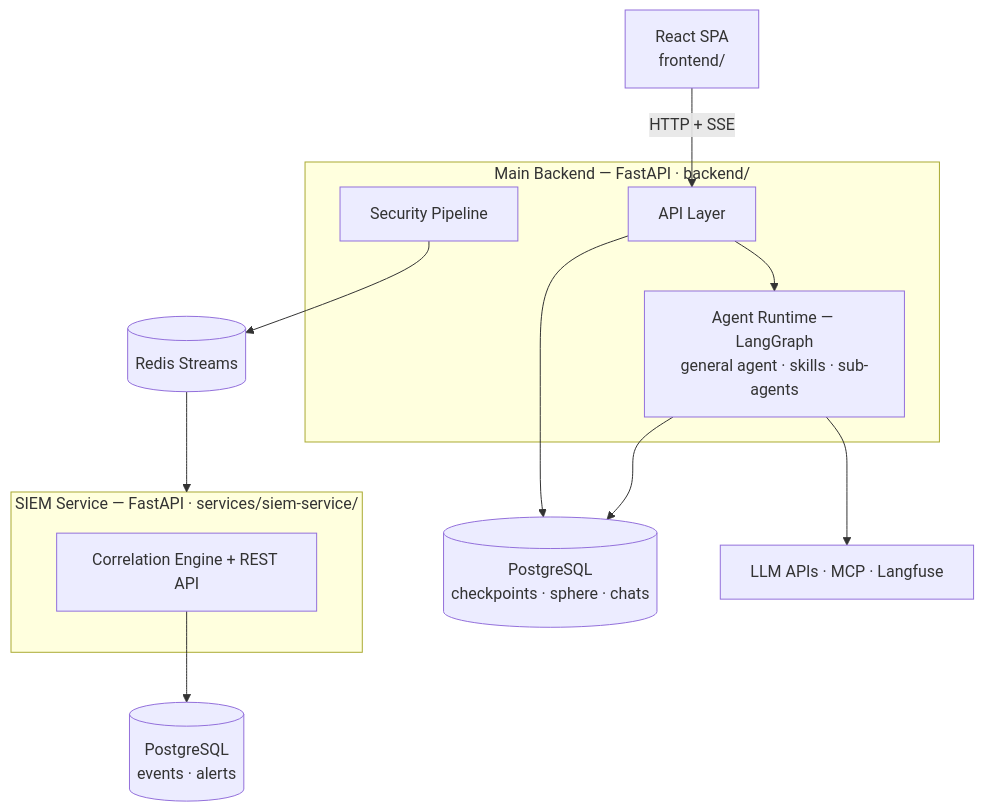
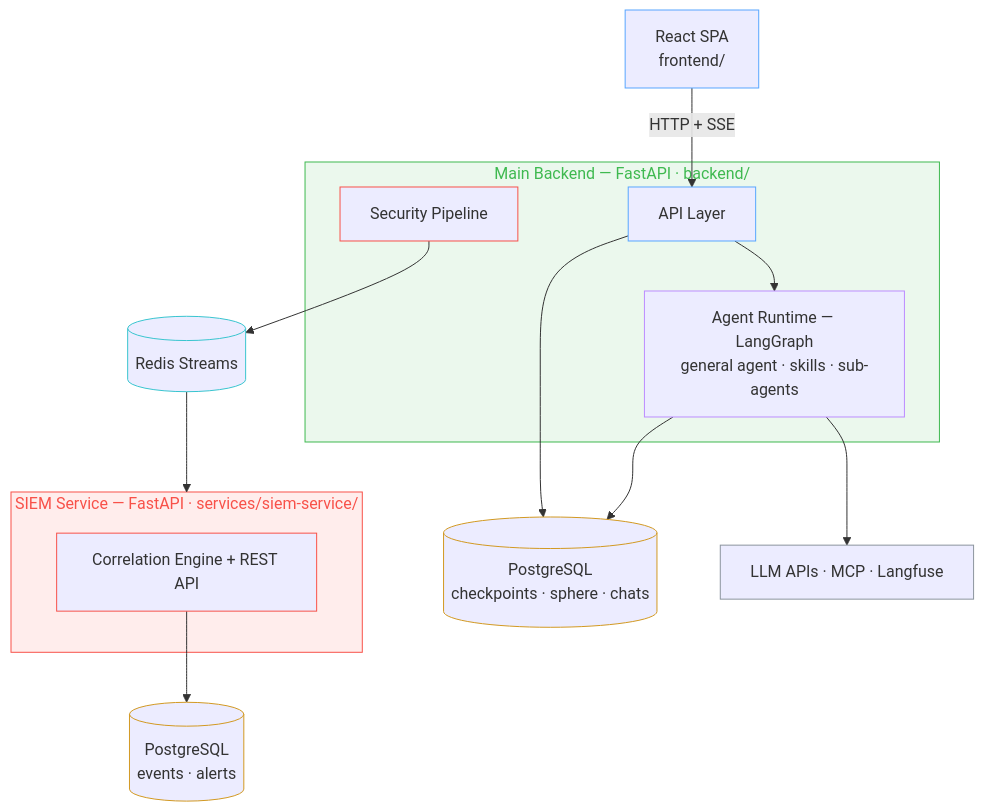
One commit to Bbar0n234/learnflow-ai changed the diagram in README.md. Above: the diagram before and after it, drawn with Mermaid. The commit also changed other lines of this file and 1 other file, not shown here.

Commit message:
docs(readme): stacked screenshots, colored diagram, agent and roadmap sections, social preview asset

````diff
--- a/README.md
+++ b/README.md
@@ -56,28 +64,40 @@
 ```mermaid
 graph TD
     Frontend["React SPA<br/>frontend/"]
 
     subgraph Backend["Main Backend — FastAPI · backend/"]
         API["API Layer"]
         Runtime["Agent Runtime — LangGraph<br/>general agent · skills · sub-agents"]
         SecPipe["Security Pipeline"]
     end
 
     subgraph SIEM["SIEM Service — FastAPI · services/siem-service/"]
         Correlation["Correlation Engine + REST API"]
     end
 
     MainDB[("PostgreSQL<br/>checkpoints · sphere · chats")]
     SiemDB[("PostgreSQL<br/>events · alerts")]
     Redis[("Redis Streams")]
     External["LLM APIs · MCP · Langfuse"]
 
     Frontend -->|HTTP + SSE| API
     API --> Runtime
     API --> MainDB
     Runtime --> MainDB
     Runtime --> External
     SecPipe --> Redis
     Redis --> SIEM
     Correlation --> SiemDB
+
+    style Backend fill:#3fb9501a,stroke:#3fb950,color:#3fb950
+    style SIEM fill:#f851491a,stroke:#f85149,color:#f85149
+    style Frontend stroke:#58a6ff
+    style API stroke:#58a6ff
+    style Runtime stroke:#bc8cff
+    style SecPipe stroke:#f85149
+    style Correlation stroke:#f85149
+    style MainDB stroke:#d29922
+    style SiemDB stroke:#d29922
+    style Redis stroke:#39c5cf
+    style External stroke:#8b949e
 ```
````
